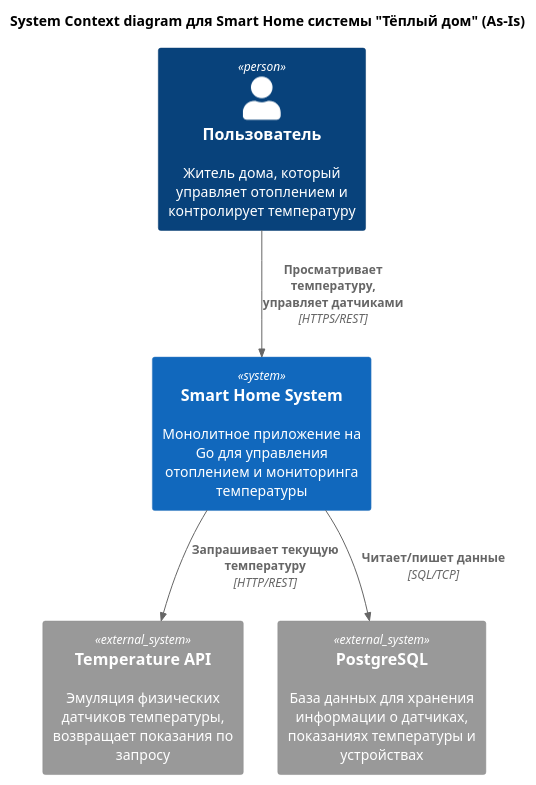
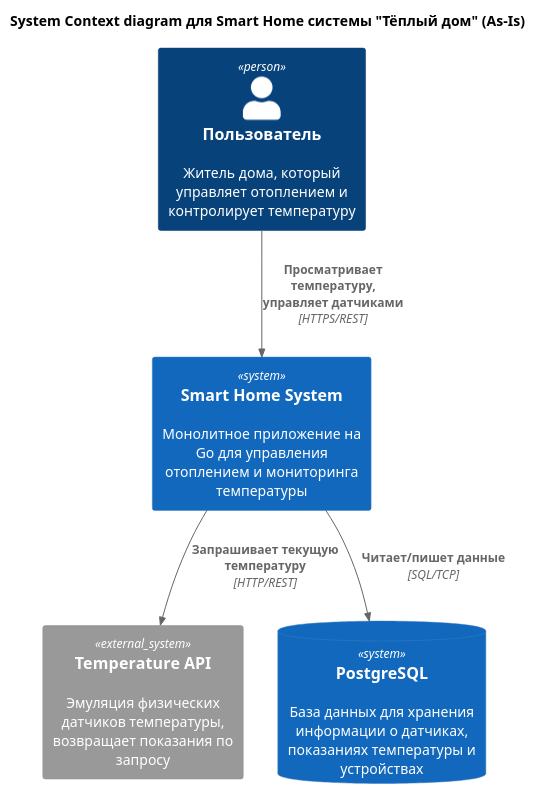
The diagram in diagrams/context.puml (Anton19840712/warmhouse-project), drawn with PlantUML before and after one commit. The commit also changed 7 other files, not shown here.

Commit message:
fix: исправлены замечания преподавателя по диаграммам и API

```diff
--- a/diagrams/context.puml
+++ b/diagrams/context.puml
@@ -1,18 +1,18 @@
 @startuml context
 !include https://raw.githubusercontent.com/plantuml-stdlib/C4-PlantUML/master/C4_Context.puml
 
 title System Context diagram для Smart Home системы "Тёплый дом" (As-Is)
 
 Person(user, "Пользователь", "Житель дома, который управляет отоплением и контролирует температуру")
 
 System(smartHomeSystem, "Smart Home System", "Монолитное приложение на Go для управления отоплением и мониторинга температуры")
 
 System_Ext(temperatureApi, "Temperature API", "Эмуляция физических датчиков температуры, возвращает показания по запросу")
 
-System_Ext(database, "PostgreSQL", "База данных для хранения информации о датчиках, показаниях температуры и устройствах")
+SystemDb(database, "PostgreSQL", "База данных для хранения информации о датчиках, показаниях температуры и устройствах")
 
 Rel(user, smartHomeSystem, "Просматривает температуру, управляет датчиками", "HTTPS/REST")
 Rel(smartHomeSystem, temperatureApi, "Запрашивает текущую температуру", "HTTP/REST")
 Rel(smartHomeSystem, database, "Читает/пишет данные", "SQL/TCP")
 
 @enduml
```
